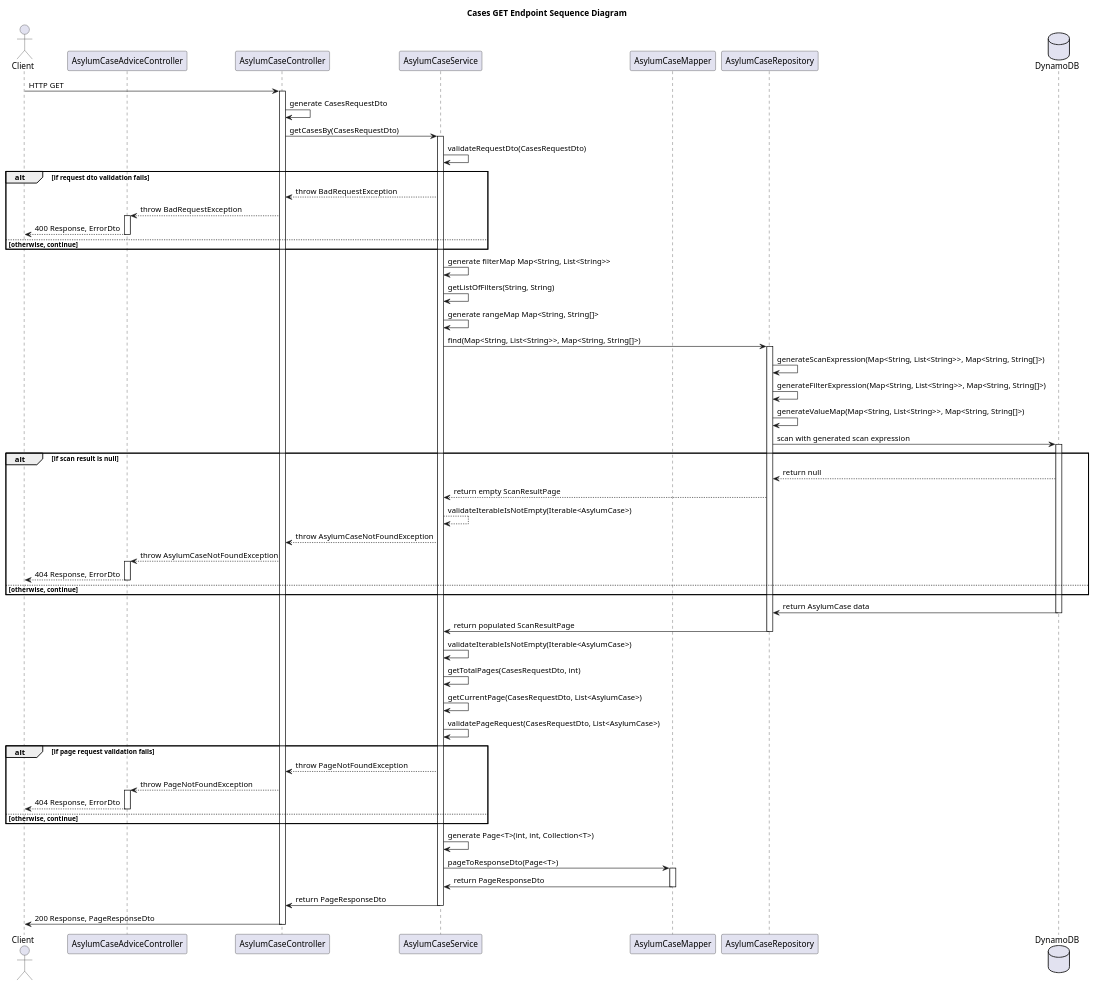
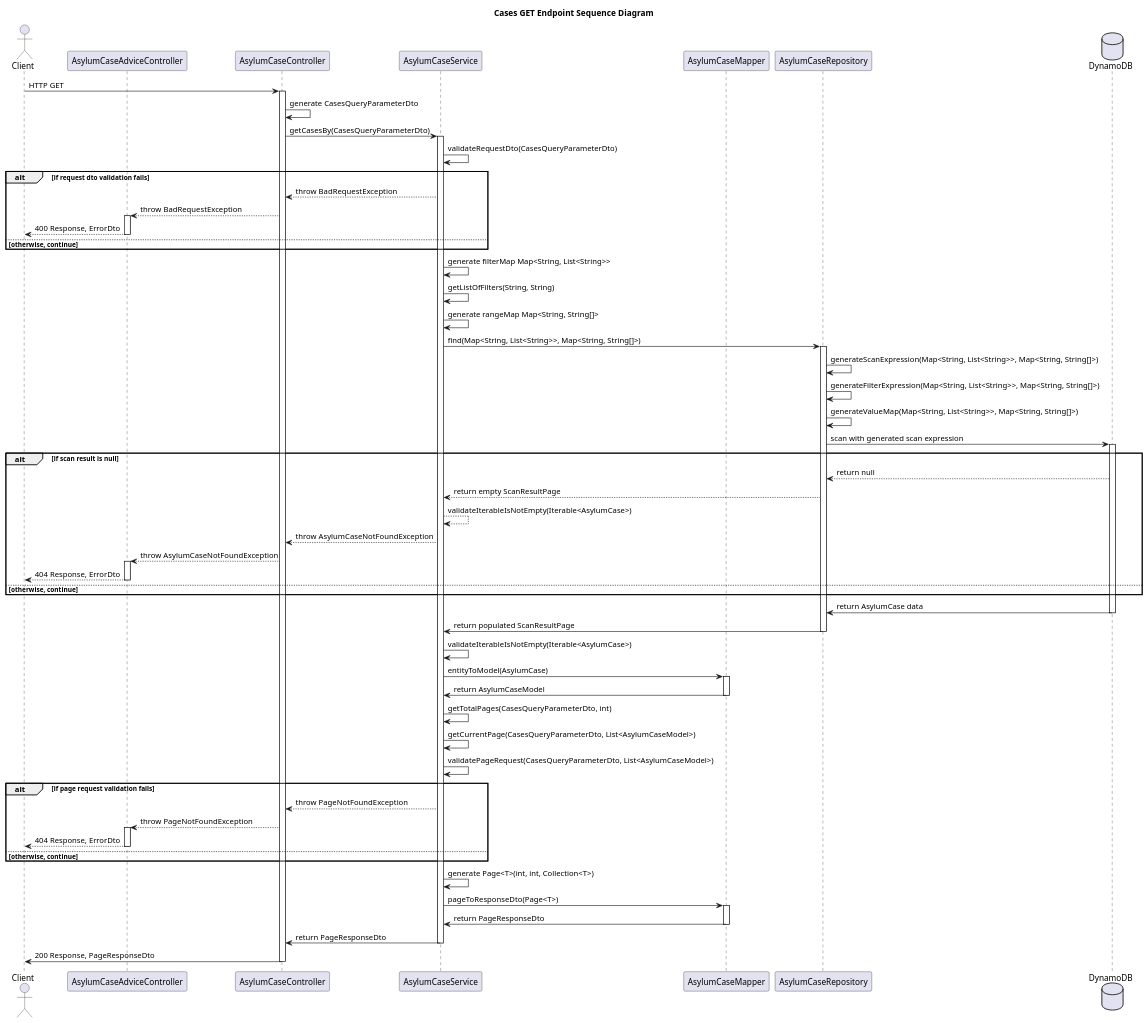
One commit to BloomTech-Labs/asylum-rg-be-a changed the diagram in documentation/diagrams/RELEASE_1.5_CASES_SD.puml. Above: the diagram before and after it, drawn with PlantUML. The commit also changed 13 other files, not shown here.

Commit message:
Updated Class Names, Method Names, and Variable Names for Brevity. Updated Class Diagrams and Sequence Diagrams. Updated API Documentation. Added Additional Comments.

```diff
--- a/documentation/diagrams/RELEASE_1.5_CASES_SD.puml
+++ b/documentation/diagrams/RELEASE_1.5_CASES_SD.puml
@@ -1,85 +1,89 @@
 @startuml
 title Cases GET Endpoint Sequence Diagram
 
 actor Client
 participant "AsylumCaseAdviceController" as Advice
 participant "AsylumCaseController" as Controller
 participant "AsylumCaseService" as Service
 participant "AsylumCaseMapper" as Mapper
 participant "AsylumCaseRepository" as Repository
 database DynamoDB
 
 Client -> Controller : HTTP GET
 activate Controller
-Controller -> Controller : generate CasesRequestDto
-Controller -> Service : getCasesBy(CasesRequestDto)
+Controller -> Controller : generate CasesQueryParameterDto
+Controller -> Service : getCasesBy(CasesQueryParameterDto)
 activate Service
-Service -> Service : validateRequestDto(CasesRequestDto)
+Service -> Service : validateRequestDto(CasesQueryParameterDto)
 
 alt if request dto validation fails
 Service --> Controller : throw BadRequestException
 Controller --> Advice : throw BadRequestException
 activate Advice
 Advice --> Client : 400 Response, ErrorDto
 deactivate Advice
 else otherwise, continue
 end
 
 activate Service
 Service -> Service : generate filterMap Map<String, List<String>>
 Service -> Service : getListOfFilters(String, String)
 Service -> Service : generate rangeMap Map<String, String[]>
 
 Service -> Repository : find(Map<String, List<String>>, Map<String, String[]>)
 activate Repository
 Repository -> Repository : generateScanExpression(Map<String, List<String>>, Map<String, String[]>)
 Repository -> Repository : generateFilterExpression(Map<String, List<String>>, Map<String, String[]>)
 Repository -> Repository : generateValueMap(Map<String, List<String>>, Map<String, String[]>)
 Repository -> DynamoDB : scan with generated scan expression
 activate DynamoDB
 
 alt if scan result is null
 DynamoDB --> Repository : return null
 Repository --> Service : return empty ScanResultPage
 Service --> Service : validateIterableIsNotEmpty(Iterable<AsylumCase>)
 Service --> Controller : throw AsylumCaseNotFoundException
 Controller --> Advice : throw AsylumCaseNotFoundException
 
 activate Advice
 Advice --> Client : 404 Response, ErrorDto
 deactivate Advice
 else otherwise, continue
 end
 
 DynamoDB -> Repository : return AsylumCase data
 deactivate DynamoDB
 Repository -> Service : return populated ScanResultPage
 deactivate Repository
 
 Service -> Service : validateIterableIsNotEmpty(Iterable<AsylumCase>)
-Service -> Service : getTotalPages(CasesRequestDto, int)
-Service -> Service : getCurrentPage(CasesRequestDto, List<AsylumCase>)
-Service -> Service : validatePageRequest(CasesRequestDto, List<AsylumCase>)
+Service -> Mapper : entityToModel(AsylumCase)
+activate Mapper
+Mapper -> Service : return AsylumCaseModel
+deactivate Mapper
+Service -> Service : getTotalPages(CasesQueryParameterDto, int)
+Service -> Service : getCurrentPage(CasesQueryParameterDto, List<AsylumCaseModel>)
+Service -> Service : validatePageRequest(CasesQueryParameterDto, List<AsylumCaseModel>)
 
 alt if page request validation fails
 Service --> Controller : throw PageNotFoundException
 Controller --> Advice : throw PageNotFoundException
 activate Advice
 Advice --> Client : 404 Response, ErrorDto
 deactivate Advice
 else otherwise, continue
 end
 
 Service -> Service : generate Page<T>(int, int, Collection<T>)
 Service -> Mapper : pageToResponseDto(Page<T>)
 
 activate Mapper
 Mapper -> Service : return PageResponseDto
 deactivate Mapper
 
 Service -> Controller : return PageResponseDto
 deactivate Service
 
 Controller -> Client : 200 Response, PageResponseDto
 deactivate Controller
 @enduml
```
